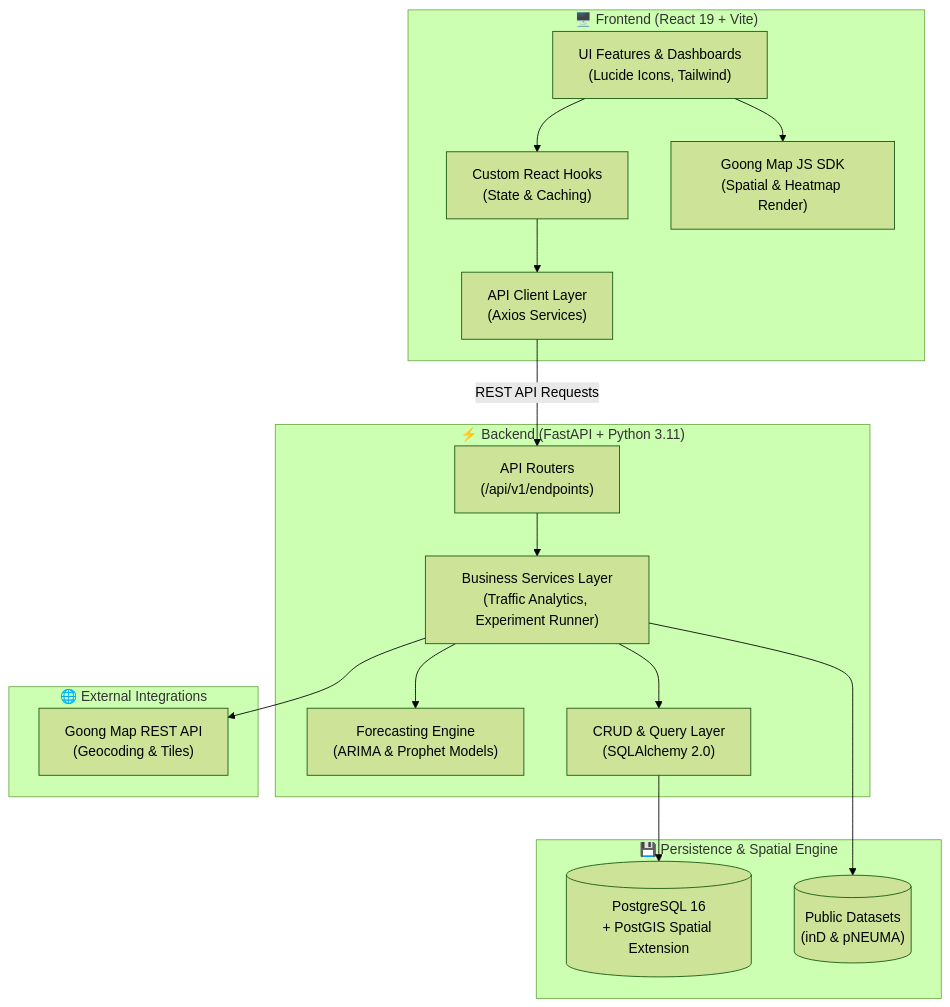
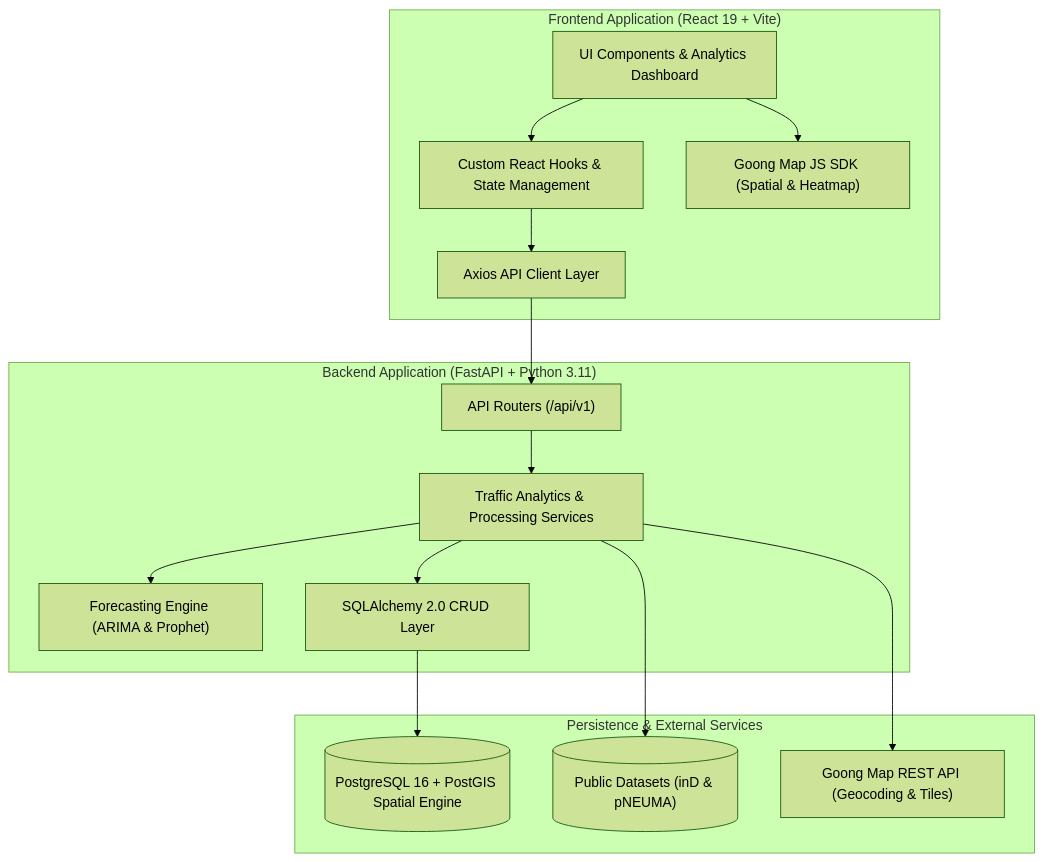
The diagram in README.md (Xtruong2909/Capstone_Project), drawn with Mermaid (forest theme) before and after one commit. The commit also changed other lines of this file, not shown here.

Commit message:
docs: fix mermaid architecture diagram and remove env references

````diff
--- a/README.md
+++ b/README.md
@@ -54,35 +54,32 @@
 ```mermaid
 flowchart TD
-    subgraph ClientLayer["🖥️ Frontend (React 19 + Vite)"]
-        UI["UI Features & Dashboards\n(Lucide Icons, Tailwind)"]
-        Hooks["Custom React Hooks\n(State & Caching)"]
-        ServicesFE["API Client Layer\n(Axios Services)"]
-        GoongSDK["Goong Map JS SDK\n(Spatial & Heatmap Render)"]
+    subgraph FE["Frontend Application (React 19 + Vite)"]
+        UI["UI Components & Analytics Dashboard"]
+        Hooks["Custom React Hooks & State Management"]
+        Client["Axios API Client Layer"]
+        GoongSDK["Goong Map JS SDK (Spatial & Heatmap)"]
+        UI --> Hooks --> Client
+        UI --> GoongSDK
     end
 
-    subgraph APILayer["⚡ Backend (FastAPI + Python 3.11)"]
-        Router["API Routers\n(/api/v1/endpoints)"]
-        ServiceBE["Business Services Layer\n(Traffic Analytics, Experiment Runner)"]
-        ForecastEngine["Forecasting Engine\n(ARIMA & Prophet Models)"]
-        CRUD["CRUD & Query Layer\n(SQLAlchemy 2.0)"]
+    subgraph BE["Backend Application (FastAPI + Python 3.11)"]
+        Router["API Routers (/api/v1)"]
+        Service["Traffic Analytics & Processing Services"]
+        Forecast["Forecasting Engine (ARIMA & Prophet)"]
+        CRUD["SQLAlchemy 2.0 CRUD Layer"]
+        Router --> Service
+        Service --> Forecast
+        Service --> CRUD
     end
 
-    subgraph DataLayer["💾 Persistence & Spatial Engine"]
-        Postgres[("PostgreSQL 16\n+ PostGIS Spatial Extension")]
-        Datasets[("Public Datasets\n(inD & pNEUMA)")]
+    subgraph Storage["Persistence & External Services"]
+        DB[("PostgreSQL 16 + PostGIS Spatial Engine")]
+        Datasets[("Public Datasets (inD & pNEUMA)")]
+        GoongAPI["Goong Map REST API (Geocoding & Tiles)"]
     end
 
-    subgraph ExternalServices["🌐 External Integrations"]
-        GoongAPI["Goong Map REST API\n(Geocoding & Tiles)"]
-    end
-
-    UI --> Hooks --> ServicesFE
-    UI --> GoongSDK
-    ServicesFE -->|REST API Requests| Router
-    Router --> ServiceBE
-    ServiceBE --> ForecastEngine
-    ServiceBE --> CRUD
-    CRUD --> Postgres
-    ServiceBE --> GoongAPI
-    ServiceBE --> Datasets
+    Client --> Router
+    CRUD --> DB
+    Service --> Datasets
+    Service --> GoongAPI
 ```
````
